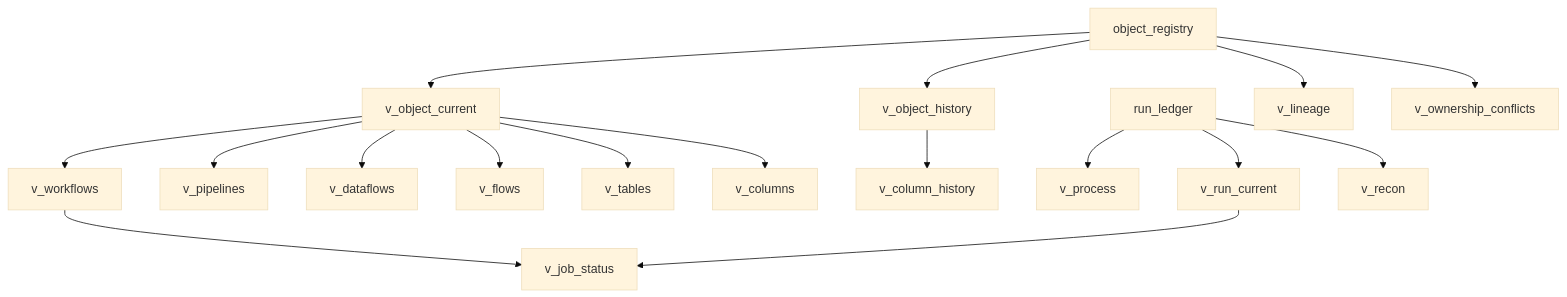
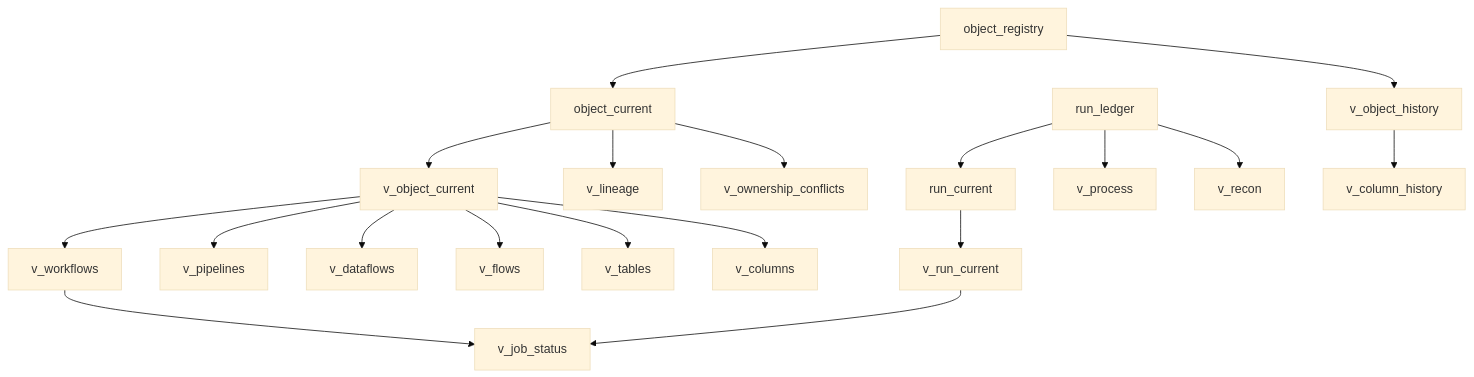
Before and after one commit to NitinKeshavB/framework: the fourth of 4 diagrams in framework_docs/ARCHITECTURE.md, drawn with Mermaid (base theme). The commit also changed other lines of this file and 12 other files, not shown here.

First line of the commit message:
fix: keep current registry rows and read cloud files from volumes

````diff
--- a/framework_docs/ARCHITECTURE.md
+++ b/framework_docs/ARCHITECTURE.md
@@ -121,21 +121,25 @@
 ```mermaid
 flowchart TD
   object_registry[object_registry]
+  object_current[object_current]
   run_ledger[run_ledger]
-  object_registry --> v_object_current
+  run_current[run_current]
+  object_registry --> object_current
   object_registry --> v_object_history
-  object_registry --> v_lineage
-  object_registry --> v_ownership_conflicts
+  object_current --> v_object_current
+  object_current --> v_lineage
+  object_current --> v_ownership_conflicts
   v_object_current --> v_workflows
   v_object_current --> v_pipelines
   v_object_current --> v_dataflows
   v_object_current --> v_flows
   v_object_current --> v_tables
   v_object_current --> v_columns
   v_object_history --> v_column_history
+  run_ledger --> run_current
   run_ledger --> v_process
-  run_ledger --> v_run_current
   run_ledger --> v_recon
+  run_current --> v_run_current
   v_workflows --> v_job_status
   v_run_current --> v_job_status
 ```
````
